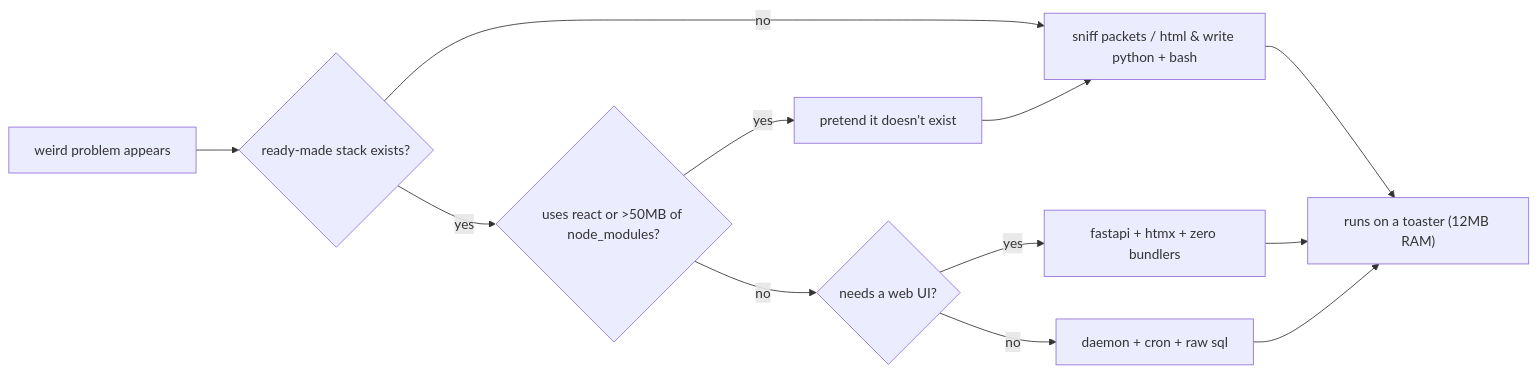
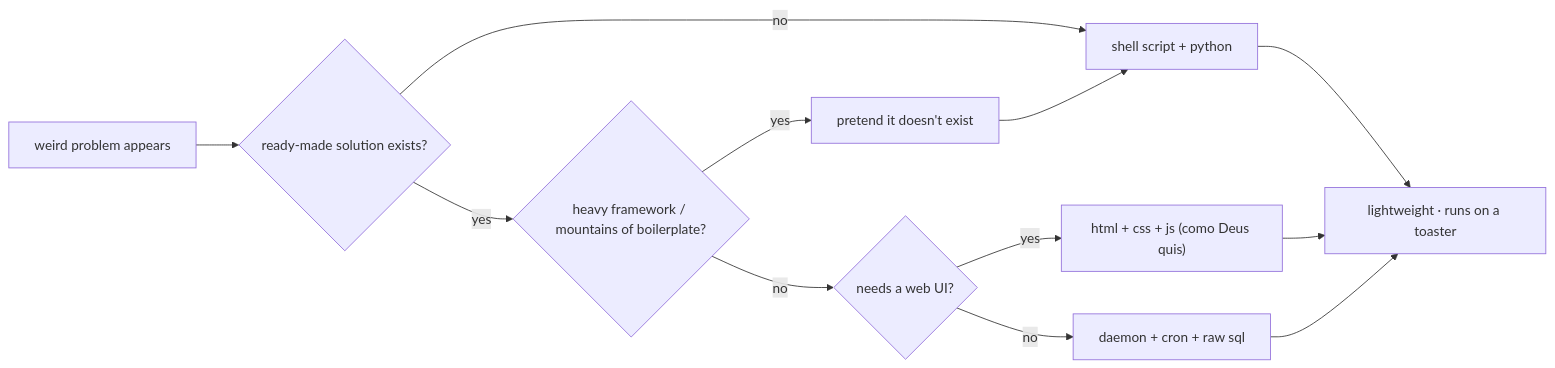
One commit to berndof/berndof changed the diagram in README.md. Above: the diagram before and after it, drawn with Mermaid. The commit also changed other lines of this file and 2 other files, not shown here.

Commit message:
refactor: replace 3D isometric and proc table with 2D heatmap, repo stack telemetry, and dark snake palette

````diff
--- a/README.md
+++ b/README.md
@@ -23,11 +24,11 @@
 ```mermaid
 flowchart LR
-    A["weird problem appears"] --> B{"ready-made stack exists?"}
-    B -->|no| C["sniff packets / html & write python + bash"]
-    B -->|yes| D{"uses react or >50MB of node_modules?"}
+    A["weird problem appears"] --> B{"ready-made solution exists?"}
+    B -->|no| C["shell script + python"]
+    B -->|yes| D{"heavy framework / mountains of boilerplate?"}
     D -->|yes| E["pretend it doesn't exist"] --> C
     D -->|no| F{"needs a web UI?"}
-    F -->|yes| G["fastapi + htmx + zero bundlers"]
+    F -->|yes| G["html + css + js (como Deus quis)"]
     F -->|no| H["daemon + cron + raw sql"]
-    C & G & H --> I["runs on a toaster (12MB RAM)"]
+    C & G & H --> I["lightweight · runs on a toaster"]
 ```
````
